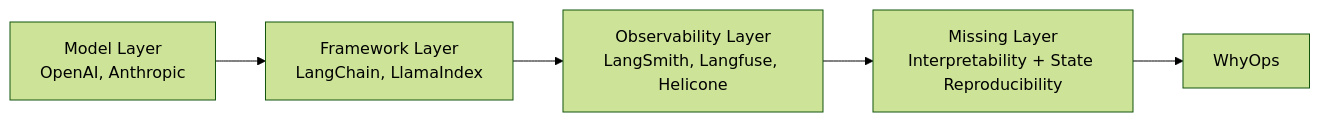
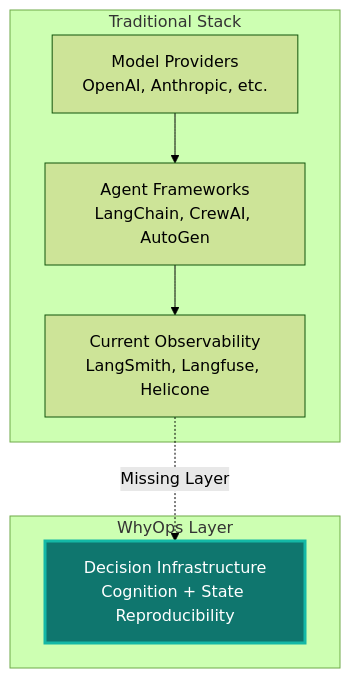
Before and after one commit to dishant0406/docs: the first of 2 diagrams in introduction.mdx, drawn with Mermaid (forest theme). The commit also changed other lines of this file and 41 other files, not shown here.

````diff
--- a/introduction.mdx
+++ b/introduction.mdx
@@ -30,11 +57,18 @@
 ```mermaid
-flowchart LR
-  A[Model Layer
-OpenAI, Anthropic] --> B[Framework Layer
-LangChain, LlamaIndex]
-  B --> C[Observability Layer
-LangSmith, Langfuse, Helicone]
-  C --> D[Missing Layer
-Interpretability + State Reproducibility]
-  D --> E[WhyOps]
+flowchart TB
+    subgraph "Traditional Stack"
+    A[Model Providers<br/>OpenAI, Anthropic, etc.]
+    B[Agent Frameworks<br/>LangChain, CrewAI, AutoGen]
+    C[Current Observability<br/>LangSmith, Langfuse, Helicone]
+    end
+    
+    subgraph "WhyOps Layer"
+    D[Decision Infrastructure<br/>Cognition + State Reproducibility]
+    end
+    
+    A --> B
+    B --> C
+    C -.Missing Layer.-> D
+    
+    style D fill:#0F766E,stroke:#14B8A6,stroke-width:3px,color:#fff
 ```
````
